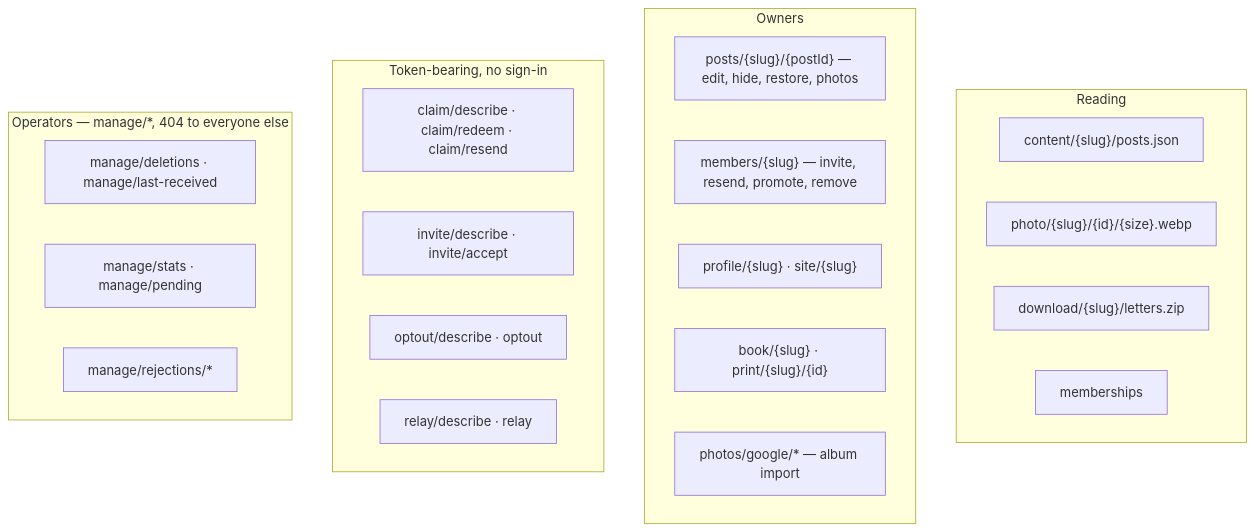
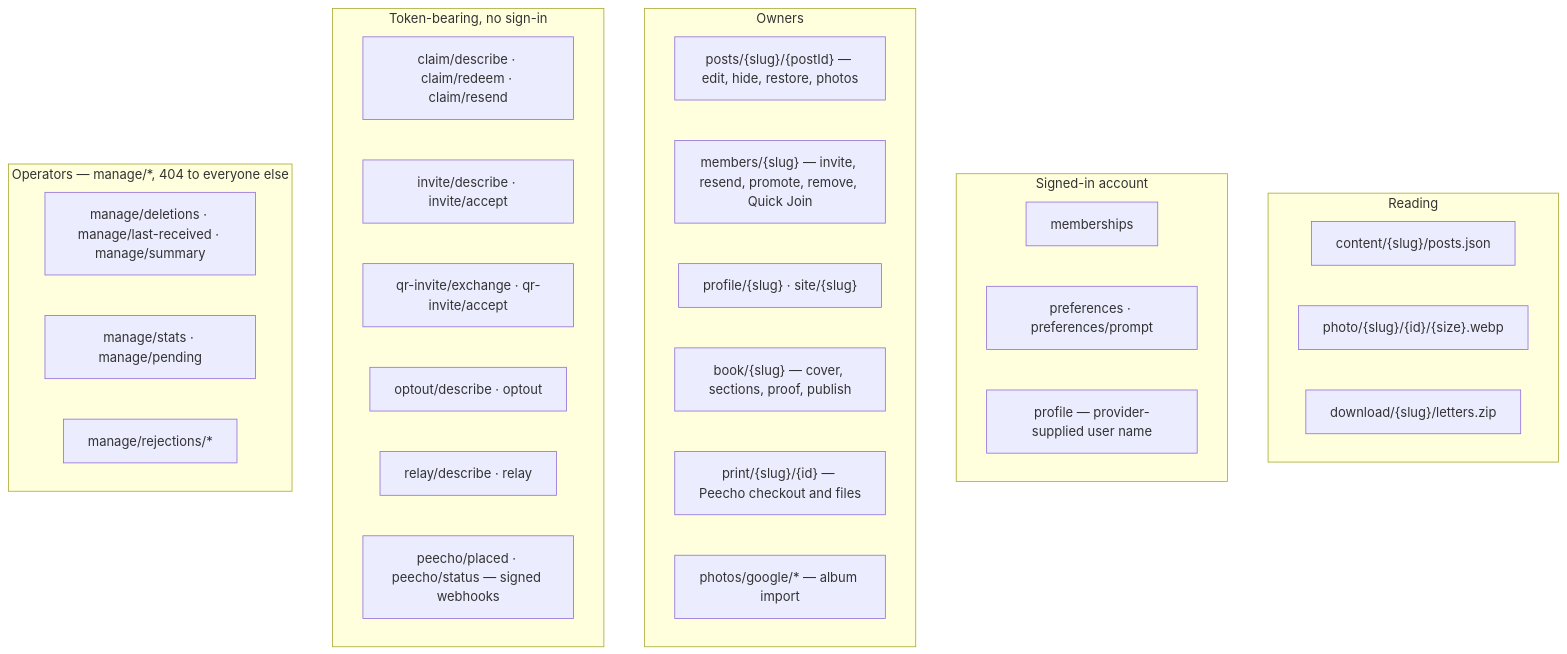
Before and after one commit to kurtzeborn/mission-journal: diagram 11 of 12 in docs/architecture.md, drawn with Mermaid. The commit also changed other lines of this file, not shown here.

First line of the commit message:
Update deployed architecture diagrams

````diff
--- a/docs/architecture.md
+++ b/docs/architecture.md
@@ -278,27 +310,34 @@
 ```mermaid
 flowchart TB
     subgraph read[Reading]
         r1["content/{slug}/posts.json"]
         r2["photo/{slug}/{id}/{size}.webp"]
         r3["download/{slug}/letters.zip"]
-        r4["memberships"]
+    end
+    subgraph account["Signed-in account"]
+        u1["memberships"]
+        u2["preferences · preferences/prompt"]
+        u3["profile — provider-supplied user name"]
     end
     subgraph own[Owners]
         o1["posts/{slug}/{postId} — edit, hide, restore, photos"]
-        o2["members/{slug} — invite, resend, promote, remove"]
+        o2["members/{slug} — invite, resend, promote, remove, Quick Join"]
         o3["profile/{slug} · site/{slug}"]
-        o4["book/{slug} · print/{slug}/{id}"]
-        o5["photos/google/* — album import"]
+        o4["book/{slug} — cover, sections, proof, publish"]
+        o5["print/{slug}/{id} — Peecho checkout and files"]
+        o6["photos/google/* — album import"]
     end
     subgraph anon[Token-bearing, no sign-in]
         a1["claim/describe · claim/redeem · claim/resend"]
         a2["invite/describe · invite/accept"]
-        a3["optout/describe · optout"]
-        a4["relay/describe · relay"]
+        a3["qr-invite/exchange · qr-invite/accept"]
+        a4["optout/describe · optout"]
+        a5["relay/describe · relay"]
+        a6["peecho/placed · peecho/status — signed webhooks"]
     end
     subgraph op["Operators — manage/*, 404 to everyone else"]
-        p1["manage/deletions · manage/last-received"]
+        p1["manage/deletions · manage/last-received · manage/summary"]
         p2["manage/stats · manage/pending"]
         p3["manage/rejections/*"]
     end
 ```
````
